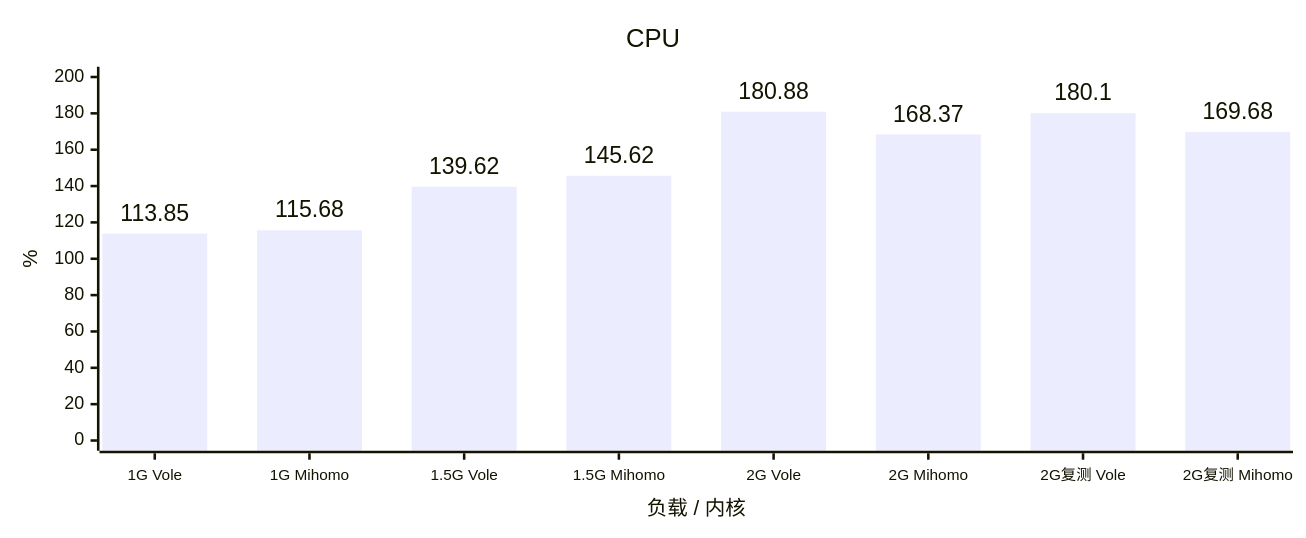
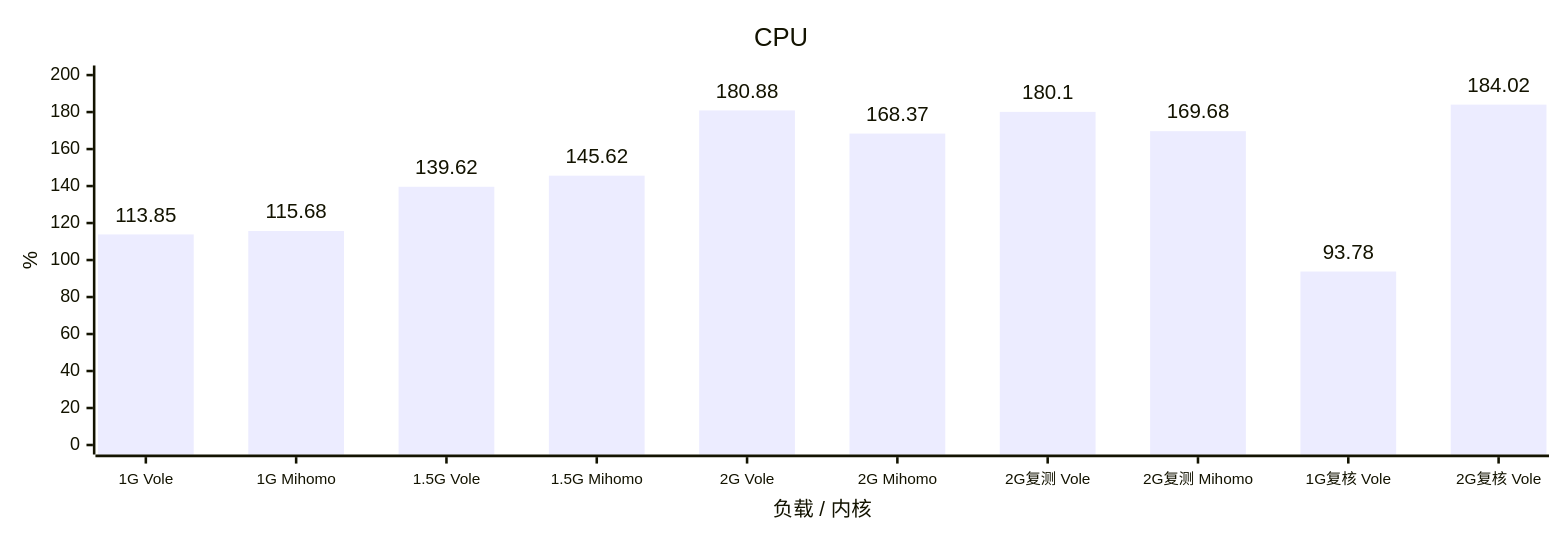
The second of 8 diagrams in docs/benchmark.md (YuanDevTeam/Vole), drawn with Mermaid before and after one commit. The commit also changed other lines of this file and 2 other files, not shown here.

````diff
--- a/docs/benchmark.md
+++ b/docs/benchmark.md
@@ -29,17 +35,17 @@
 ```mermaid
 ---
 config:
   xyChart:
-    width: 1000
+    width: 1200
     height: 400
     showDataLabel: true
     showDataLabelOutsideBar: true
     xAxis:
       labelFontSize: 12
 ---
 xychart
     title "CPU"
-    x-axis "负载 / 内核" ["1G Vole", "1G Mihomo", "1.5G Vole", "1.5G Mihomo", "2G Vole", "2G Mihomo", "2G复测 Vole", "2G复测 Mihomo"]
+    x-axis "负载 / 内核" ["1G Vole", "1G Mihomo", "1.5G Vole", "1.5G Mihomo", "2G Vole", "2G Mihomo", "2G复测 Vole", "2G复测 Mihomo", "1G复核 Vole", "2G复核 Vole"]
     y-axis "%" 0 --> 200
-    bar [113.85, 115.68, 139.62, 145.62, 180.88, 168.37, 180.10, 169.68]
+    bar [113.85, 115.68, 139.62, 145.62, 180.88, 168.37, 180.10, 169.68, 93.78, 184.02]
 ```
````
